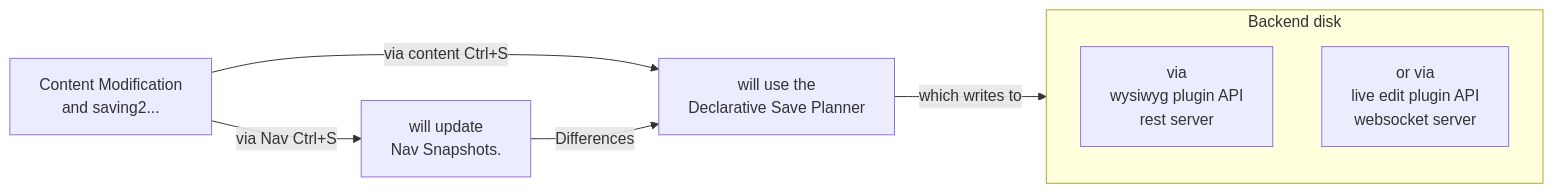
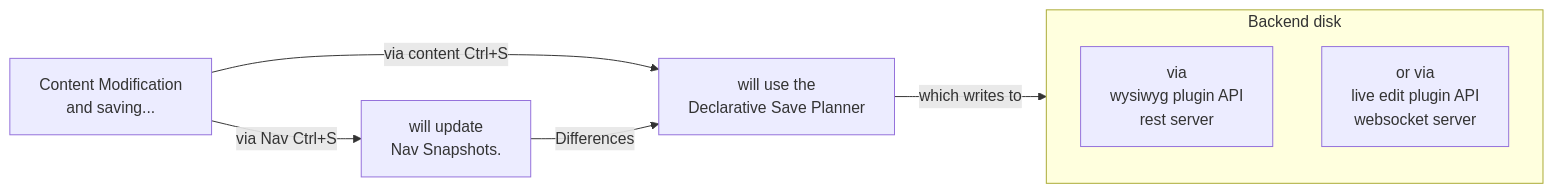
One commit to samrocketman/mkdocs-live-wysiwyg-plugin changed the first of 3 diagrams in docs/design/DESIGN-architecture-overview.md. Above: the diagram before and after it, drawn with Mermaid. The commit also changed other lines of this file and 9 other files, not shown here.

````diff
--- a/docs/design/DESIGN-architecture-overview.md
+++ b/docs/design/DESIGN-architecture-overview.md
@@ -7,16 +22,16 @@
 ```mermaid
 flowchart LR
-    ContentMod["Content Modification<br>and saving2..."]
+    ContentMod["Content Modification<br>and saving..."]
     NavSnaps["will update<br>Nav Snapshots."]
     SavePlanner["will use the<br>Declarative Save Planner"]
 
     subgraph Backend ["Backend disk"]
         WysiwygAPI["via<br>wysiwyg plugin API<br>rest server"]
         LiveEditAPI["or via<br>live edit plugin API<br>websocket server"]
     end
 
     ContentMod -->|"via Nav Ctrl+S"| NavSnaps
     ContentMod -->|"via content Ctrl+S"| SavePlanner
     NavSnaps -->|"Differences"| SavePlanner
     SavePlanner -->|"which writes to"| Backend
 ```
````
